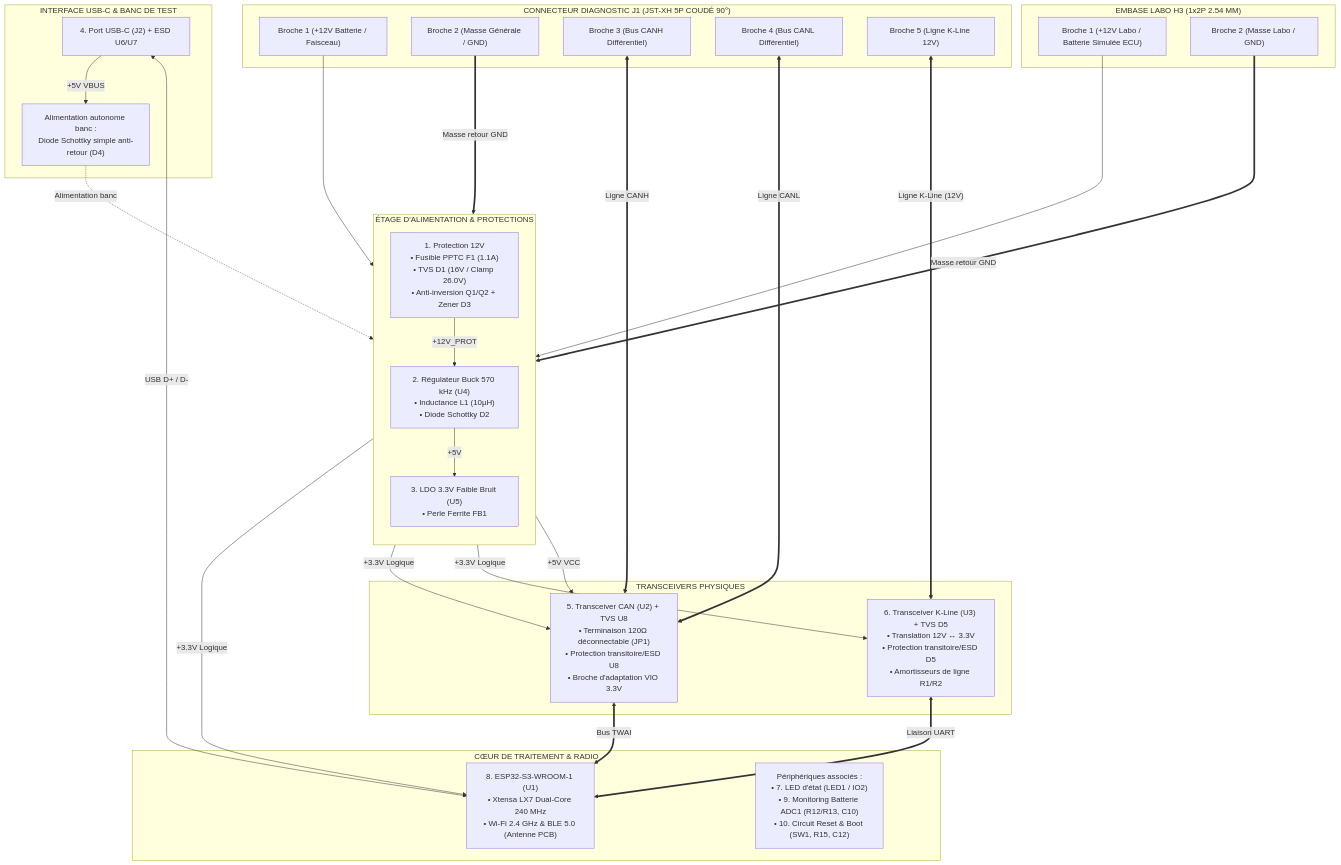
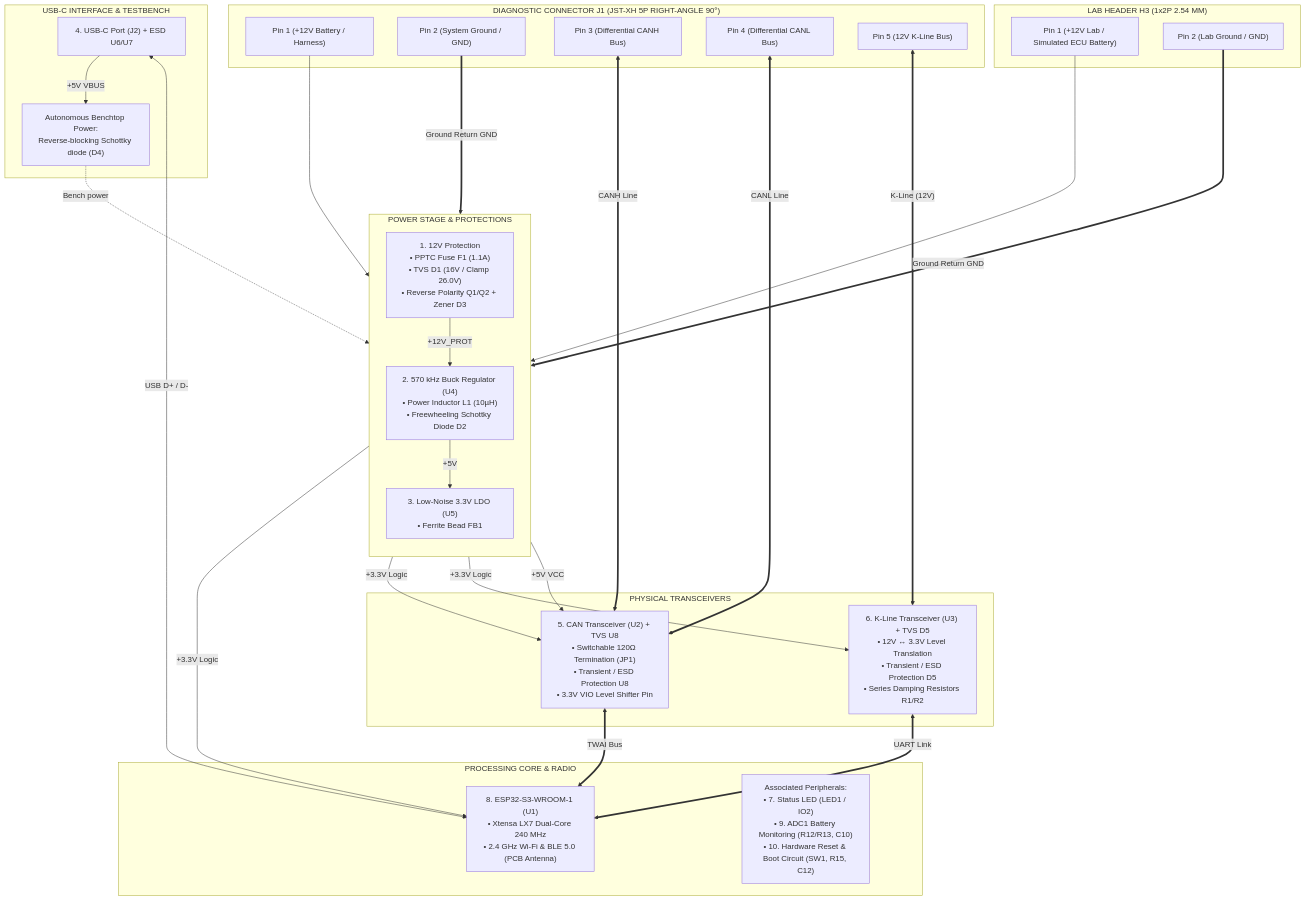
The first of 13 diagrams in documents/hardware.md (nitrogene/OBD2), drawn with Mermaid before and after one commit. The commit also changed other lines of this file and 20 other files, not shown here.

````diff
--- a/documents/hardware.md
+++ b/documents/hardware.md
@@ -36,59 +36,77 @@
   }
 }}%%
 flowchart TD
-    subgraph J1_BLOCK["CONNECTEUR DIAGNOSTIC J1 (JST-XH 5P COUDÉ 90°)"]
-        PIN1["Broche 1 (+12V Batterie / Faisceau)"]
-        PIN2["Broche 2 (Masse Générale / GND)"]
-        PIN3["Broche 3 (Bus CANH Différentiel)"]
-        PIN4["Broche 4 (Bus CANL Différentiel)"]
-        PIN5["Broche 5 (Ligne K-Line 12V)"]
+    subgraph J1_BLOCK["DIAGNOSTIC CONNECTOR J1 (JST-XH 5P RIGHT-ANGLE 90°)"]
+        PIN1["Pin 1 (+12V Battery / Harness)"]
+        PIN2["Pin 2 (System Ground / GND)"]
+        PIN3["Pin 3 (Differential CANH Bus)"]
+        PIN4["Pin 4 (Differential CANL Bus)"]
+        PIN5["Pin 5 (12V K-Line Bus)"]
     end
 
-    subgraph H3_BLOCK["EMBASE LABO H3 (1x2P 2.54 MM)"]
-        H3_1["Broche 1 (+12V Labo / Batterie Simulée ECU)"]
-        H3_2["Broche 2 (Masse Labo / GND)"]
+    subgraph H3_BLOCK["LAB HEADER H3 (1x2P 2.54 MM)"]
+        H3_1["Pin 1 (+12V Lab / Simulated ECU Battery)"]
+        H3_2["Pin 2 (Lab Ground / GND)"]
     end
 
-    subgraph POWER["ÉTAGE D'ALIMENTATION & PROTECTIONS"]
+    subgraph POWER["POWER STAGE & PROTECTIONS"]
         direction TB
-        F1["1. Protection 12V\n• Fusible PPTC F1 (1.1A)\n• TVS D1 (16V / Clamp 26.0V)\n• Anti-inversion Q1/Q2 + Zener D3"]
-        BUCK["2. Régulateur Buck 570 kHz (U4)\n• Inductance L1 (10µH)\n• Diode Schottky D2"]
-        LDO["3. LDO 3.3V Faible Bruit (U5)\n• Perle Ferrite FB1"]
+        F1["1. 12V Protection
+• PPTC Fuse F1 (1.1A)
+• TVS D1 (16V / Clamp 26.0V)
+• Reverse Polarity Q1/Q2 + Zener D3"]
+        BUCK["2. 570 kHz Buck Regulator (U4)
+• Power Inductor L1 (10µH)
+• Freewheeling Schottky Diode D2"]
+        LDO["3. Low-Noise 3.3V LDO (U5)
+• Ferrite Bead FB1"]
         F1 -->|"+12V_PROT"| BUCK
         BUCK -->|"+5V"| LDO
     end
 
-    subgraph TRANSCEIVERS["TRANSCEIVERS PHYSIQUES"]
-        CAN_IC["5. Transceiver CAN (U2) + TVS U8\n• Terminaison 120Ω déconnectable (JP1)\n• Protection transitoire/ESD U8\n• Broche d'adaptation VIO 3.3V"]
-        KLINE_IC["6. Transceiver K-Line (U3) + TVS D5\n• Translation 12V ↔ 3.3V\n• Protection transitoire/ESD D5\n• Amortisseurs de ligne R1/R2"]
+    subgraph TRANSCEIVERS["PHYSICAL TRANSCEIVERS"]
+        CAN_IC["5. CAN Transceiver (U2) + TVS U8
+• Switchable 120Ω Termination (JP1)
+• Transient / ESD Protection U8
+• 3.3V VIO Level Shifter Pin"]
+        KLINE_IC["6. K-Line Transceiver (U3) + TVS D5
+• 12V ↔ 3.3V Level Translation
+• Transient / ESD Protection D5
+• Series Damping Resistors R1/R2"]
     end
 
-    subgraph MCU["CŒUR DE TRAITEMENT & RADIO"]
-        ESP["8. ESP32-S3-WROOM-1 (U1)\n• Xtensa LX7 Dual-Core 240 MHz\n• Wi-Fi 2.4 GHz & BLE 5.0 (Antenne PCB)"]
-        PERIPH["Périphériques associés :\n• 7. LED d'état (LED1 / IO2)\n• 9. Monitoring Batterie ADC1 (R12/R13, C10)\n• 10. Circuit Reset & Boot (SW1, R15, C12)"]
+    subgraph MCU["PROCESSING CORE & RADIO"]
+        ESP["8. ESP32-S3-WROOM-1 (U1)
+• Xtensa LX7 Dual-Core 240 MHz
+• 2.4 GHz Wi-Fi & BLE 5.0 (PCB Antenna)"]
+        PERIPH["Associated Peripherals:
+• 7. Status LED (LED1 / IO2)
+• 9. ADC1 Battery Monitoring (R12/R13, C10)
+• 10. Hardware Reset & Boot Circuit (SW1, R15, C12)"]
     end
 
-    subgraph USB_DEBUG["INTERFACE USB-C & BANC DE TEST"]
-        USBC["4. Port USB-C (J2) + ESD U6/U7"]
-        D4["Alimentation autonome banc :\nDiode Schottky simple anti-retour (D4)"]
+    subgraph USB_DEBUG["USB-C INTERFACE & TESTBENCH"]
+        USBC["4. USB-C Port (J2) + ESD U6/U7"]
+        D4["Autonomous Benchtop Power:
+Reverse-blocking Schottky diode (D4)"]
         USBC -->|"+5V VBUS"| D4
-        D4 -.->|Alimentation banc| LDO
+        D4 -.->|Bench power| LDO
         USBC <-->|"USB D+ / D-"| ESP
     end
 
     PIN1 --> F1
     H3_1 --> F1
-    PIN2 ===>|"Masse retour GND"| POWER
-    H3_2 ===>|"Masse retour GND"| POWER
-    PIN3 <==>|"Ligne CANH"| CAN_IC
-    PIN4 <==>|"Ligne CANL"| CAN_IC
-    PIN5 <==>|"Ligne K-Line (12V)"| KLINE_IC
+    PIN2 ===>|"Ground Return GND"| POWER
+    H3_2 ===>|"Ground Return GND"| POWER
+    PIN3 <==>|"CANH Line"| CAN_IC
+    PIN4 <==>|"CANL Line"| CAN_IC
+    PIN5 <==>|"K-Line (12V)"| KLINE_IC
 
-    LDO -->|"+3.3V Logique"| ESP
-    LDO -->|"+3.3V Logique"| CAN_IC
-    LDO -->|"+3.3V Logique"| KLINE_IC
+    LDO -->|"+3.3V Logic"| ESP
+    LDO -->|"+3.3V Logic"| CAN_IC
+    LDO -->|"+3.3V Logic"| KLINE_IC
     BUCK -->|"+5V VCC"| CAN_IC
 
-    CAN_IC <==>|"Bus TWAI"| ESP
-    KLINE_IC <==>|"Liaison UART"| ESP
+    CAN_IC <==>|"TWAI Bus"| ESP
+    KLINE_IC <==>|"UART Link"| ESP
 ```
````
